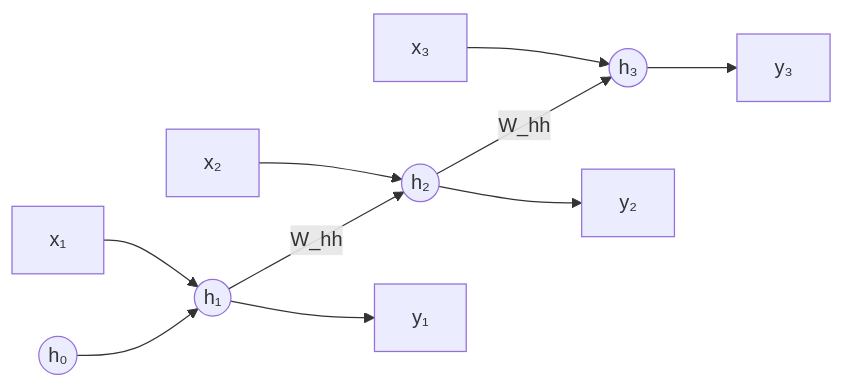
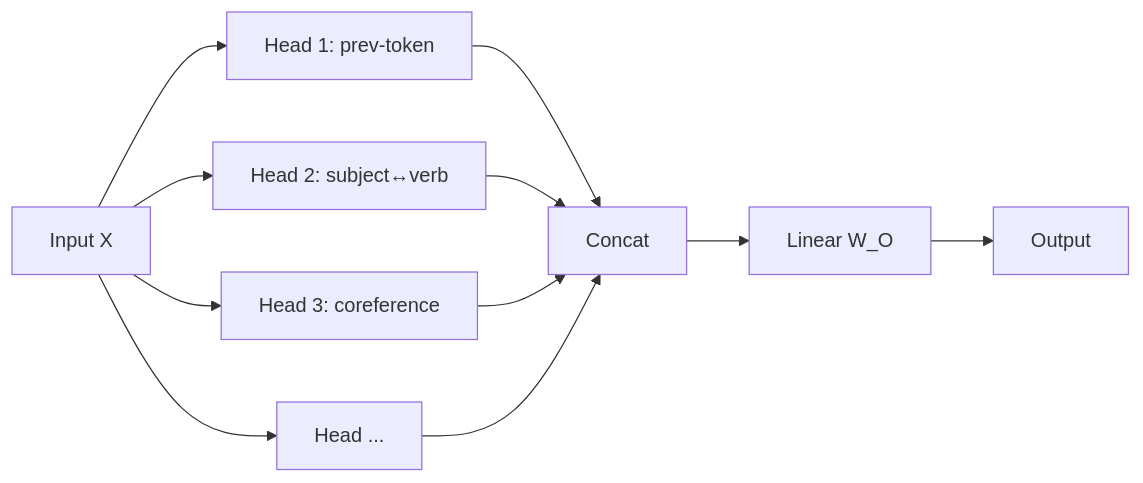
Before and after one commit to kader-xai/kader-xai.github.io: the first of 3 diagrams in ai-ml-encyclopedia/ch17.qmd, drawn with Mermaid. The commit also changed other lines of this file and 47 other files, not shown here.

````diff
--- a/ai-ml-encyclopedia/ch17.qmd
+++ b/ai-ml-encyclopedia/ch17.qmd
@@ -111,12 +200,12 @@
 ```{mermaid}
 flowchart LR
-    x1[x₁] --> h1((h₁))
-    x2[x₂] --> h2((h₂))
-    x3[x₃] --> h3((h₃))
-    h0((h₀)) --> h1
-    h1 -->|W_hh| h2
-    h2 -->|W_hh| h3
-    h1 --> y1[y₁]
-    h2 --> y2[y₂]
-    h3 --> y3[y₃]
+  X[Input X] --> H1[Head 1: prev-token]
+  X --> H2[Head 2: subject↔verb]
+  X --> H3[Head 3: coreference]
+  X --> H4[Head ...]
+  H1 --> C[Concat]
+  H2 --> C
+  H3 --> C
+  H4 --> C
+  C --> WO[Linear W_O] --> Out[Output]
 ```
````
